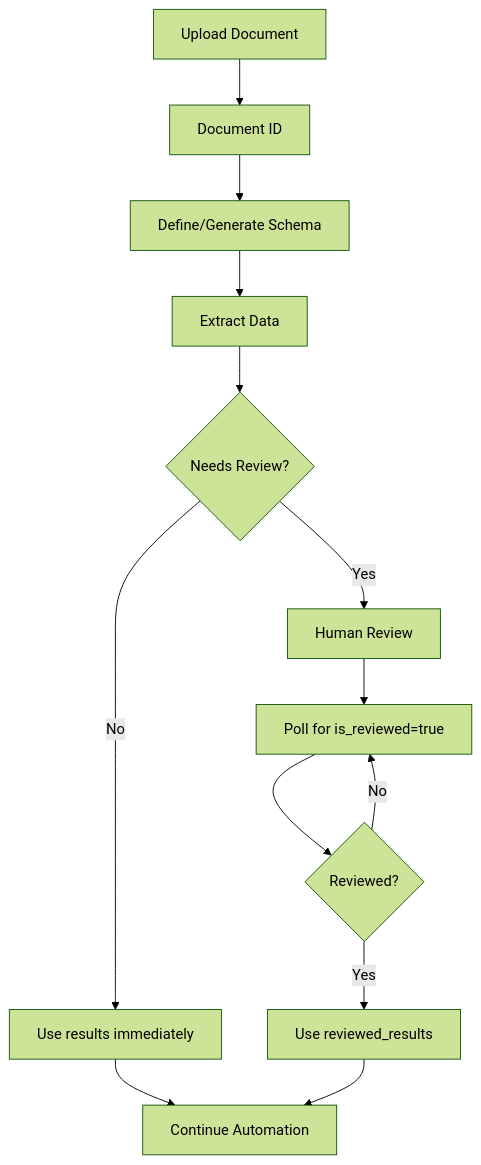
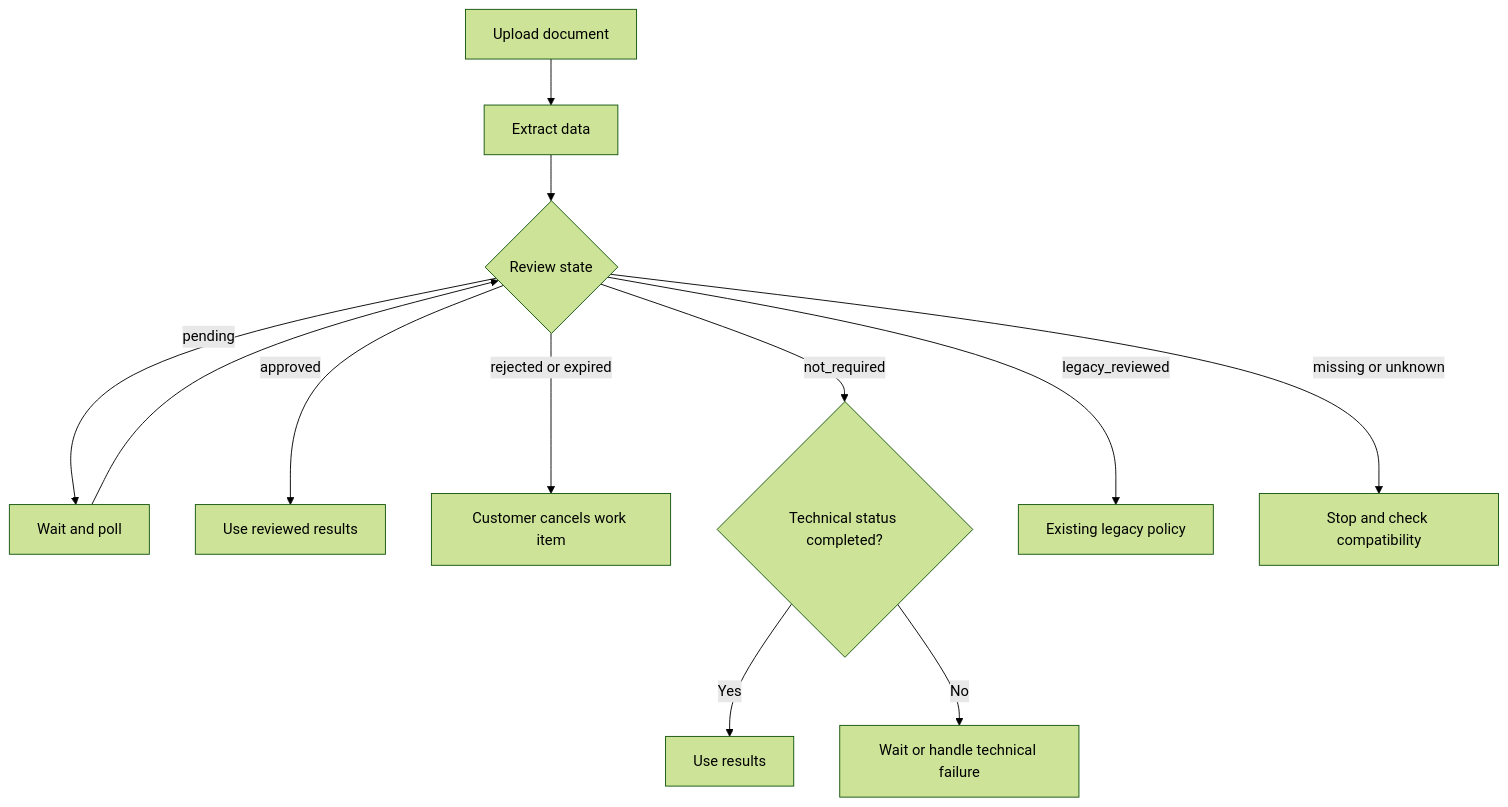
Before and after one commit to native-aihub/docs: the diagram in api/extraction/extraction-flow.mdx, drawn with Mermaid (forest theme). The commit also changed other lines of this file and 20 other files, not shown here.

First line of the commit message:
Document review decisions and safe customer automation (#4)

````diff
--- a/api/extraction/extraction-flow.mdx
+++ b/api/extraction/extraction-flow.mdx
@@ -10,15 +13,14 @@
 ```mermaid
 graph TD
-    A[Upload Document] --> B[Document ID]
-    B --> C[Define/Generate Schema]
-    C --> D[Extract Data]
-    D --> E{Needs Review?}
-    E -->|No| F[Use results immediately]
-    E -->|Yes| G[Human Review]
-    G --> H[Poll for is_reviewed=true]
-    H --> I{Reviewed?}
-    I -->|No| H
-    I -->|Yes| J[Use reviewed_results]
-    F --> K[Continue Automation]
-    J --> K
+    A[Upload document] --> B[Extract data]
+    B --> C{Review state}
+    C -->|pending| D[Wait and poll]
+    D --> C
+    C -->|approved| E[Use reviewed results]
+    C -->|rejected or expired| F[Customer cancels work item]
+    C -->|not_required| G{Technical status completed?}
+    G -->|Yes| H[Use results]
+    G -->|No| I[Wait or handle technical failure]
+    C -->|legacy_reviewed| J[Existing legacy policy]
+    C -->|missing or unknown| K[Stop and check compatibility]
 ```
````
